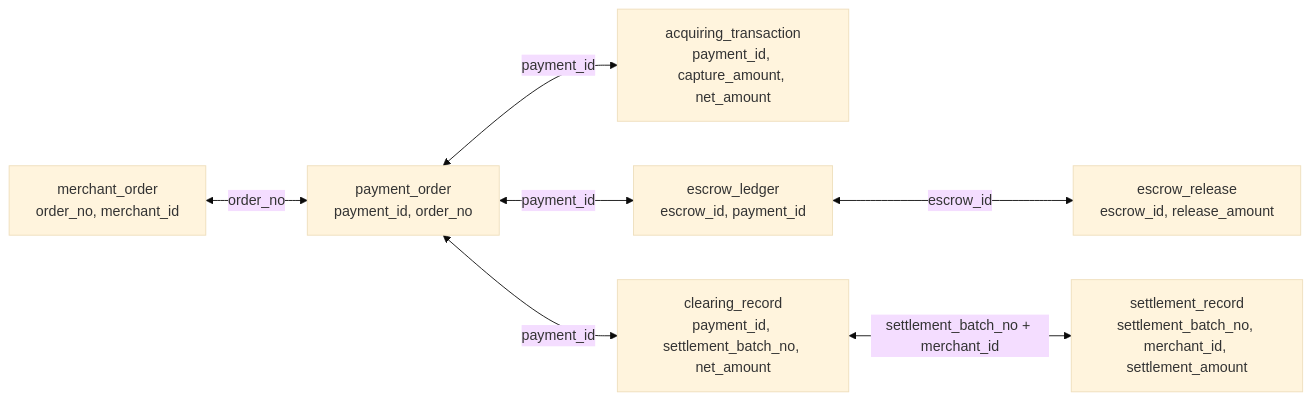
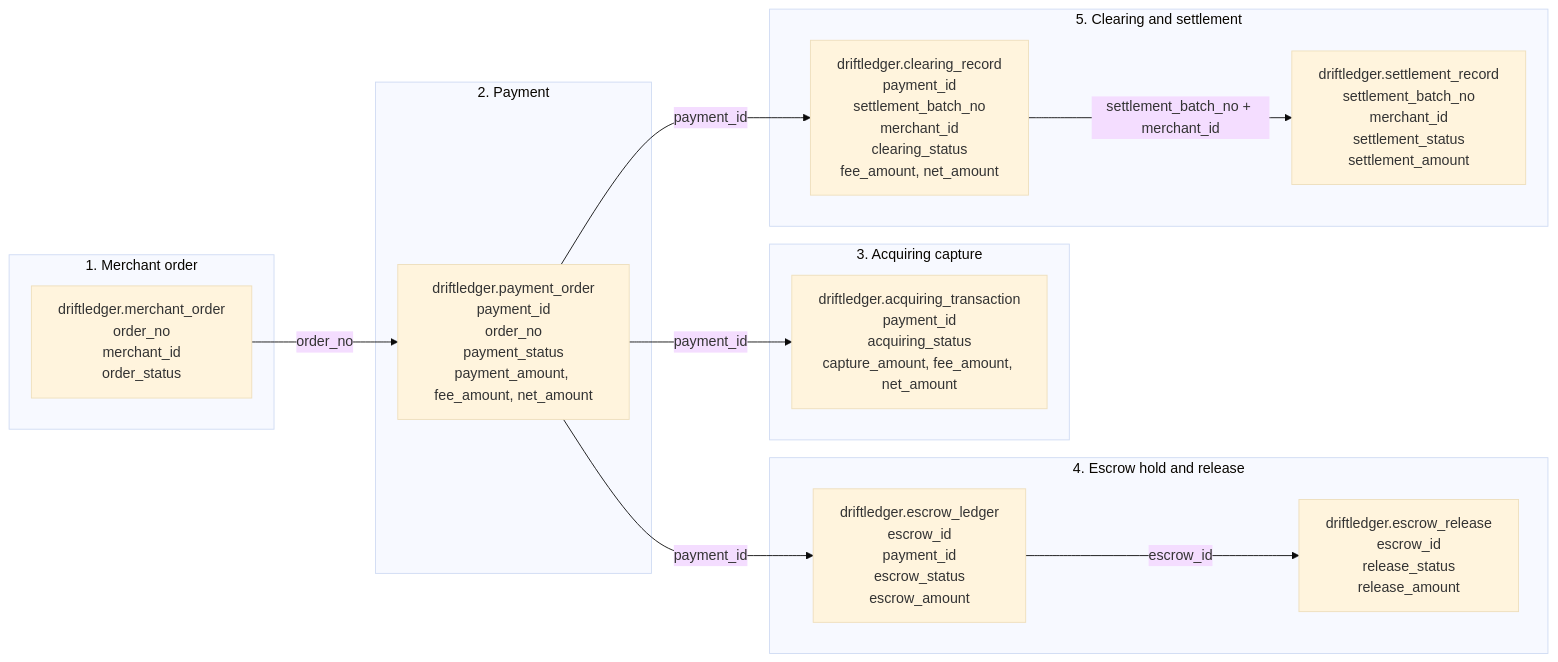
The diagram in README.md (tryanswer/dl-agent), drawn with Mermaid (base theme) before and after one commit. The commit also changed other lines of this file and 12 other files, not shown here.

````diff
--- a/README.md
+++ b/README.md
@@ -358,17 +388,31 @@
 ```mermaid
 flowchart LR
-  MO["merchant_order<br/>order_no, merchant_id"]
-  PO["payment_order<br/>payment_id, order_no"]
-  ACQ["acquiring_transaction<br/>payment_id, capture_amount, net_amount"]
-  ESC["escrow_ledger<br/>escrow_id, payment_id"]
-  REL["escrow_release<br/>escrow_id, release_amount"]
-  CLR["clearing_record<br/>payment_id, settlement_batch_no, net_amount"]
-  SET["settlement_record<br/>settlement_batch_no, merchant_id, settlement_amount"]
+  subgraph ORDER["1. Merchant order"]
+    MO["driftledger.merchant_order<br/>order_no<br/>merchant_id<br/>order_status"]
+  end
 
-  MO <-->|order_no| PO
-  PO <-->|payment_id| ACQ
-  PO <-->|payment_id| ESC
-  ESC <-->|escrow_id| REL
-  PO <-->|payment_id| CLR
-  CLR <-->|settlement_batch_no + merchant_id| SET
+  subgraph PAY["2. Payment"]
+    PO["driftledger.payment_order<br/>payment_id<br/>order_no<br/>payment_status<br/>payment_amount, fee_amount, net_amount"]
+  end
+
+  subgraph ACQUIRE["3. Acquiring capture"]
+    ACQ["driftledger.acquiring_transaction<br/>payment_id<br/>acquiring_status<br/>capture_amount, fee_amount, net_amount"]
+  end
+
+  subgraph ESCROW["4. Escrow hold and release"]
+    ESC["driftledger.escrow_ledger<br/>escrow_id<br/>payment_id<br/>escrow_status<br/>escrow_amount"]
+    REL["driftledger.escrow_release<br/>escrow_id<br/>release_status<br/>release_amount"]
+  end
+
+  subgraph SETTLE["5. Clearing and settlement"]
+    CLR["driftledger.clearing_record<br/>payment_id<br/>settlement_batch_no<br/>merchant_id<br/>clearing_status<br/>fee_amount, net_amount"]
+    SET["driftledger.settlement_record<br/>settlement_batch_no<br/>merchant_id<br/>settlement_status<br/>settlement_amount"]
+  end
+
+  MO -- "order_no" --> PO
+  PO -- "payment_id" --> ACQ
+  PO -- "payment_id" --> ESC
+  ESC -- "escrow_id" --> REL
+  PO -- "payment_id" --> CLR
+  CLR -- "settlement_batch_no + merchant_id" --> SET
 ```
````
